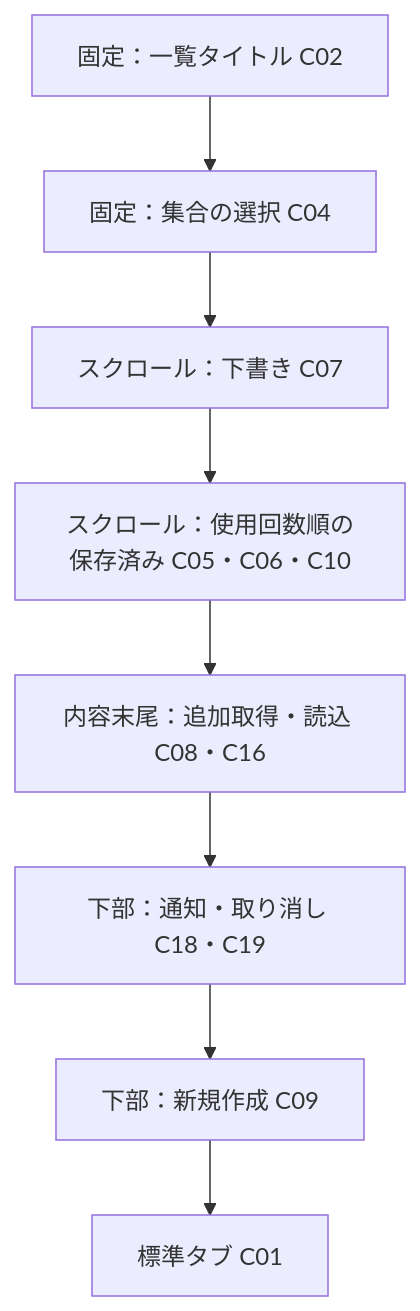
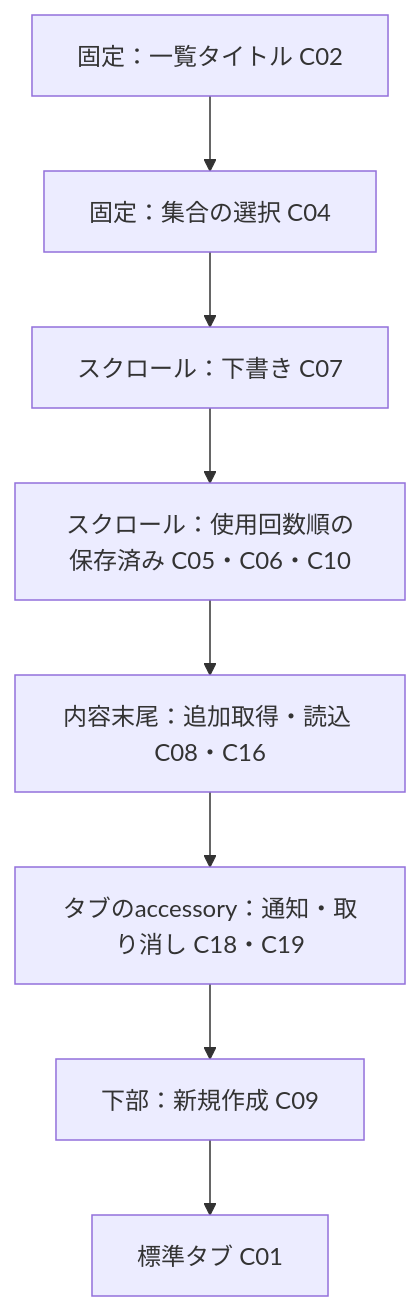
One commit to 9uiLe/nibble changed the second of 4 diagrams in docs/design/screens.md. Above: the diagram before and after it, drawn with Mermaid. The commit also changed other lines of this file and 14 other files, not shown here.

````diff
--- a/docs/design/screens.md
+++ b/docs/design/screens.md
@@ -35,10 +35,10 @@
 ```mermaid
 flowchart TB
     H[固定：一覧タイトル C02] --> F[固定：集合の選択 C04]
     F --> D[スクロール：下書き C07]
     D --> O[スクロール：使用回数順の保存済み C05・C06・C10]
     O --> M[内容末尾：追加取得・読込 C08・C16]
-    M --> N[下部：通知・取り消し C18・C19]
+    M --> N[タブのaccessory：通知・取り消し C18・C19]
     N --> C[下部：新規作成 C09]
     C --> T[標準タブ C01]
 ```
````
